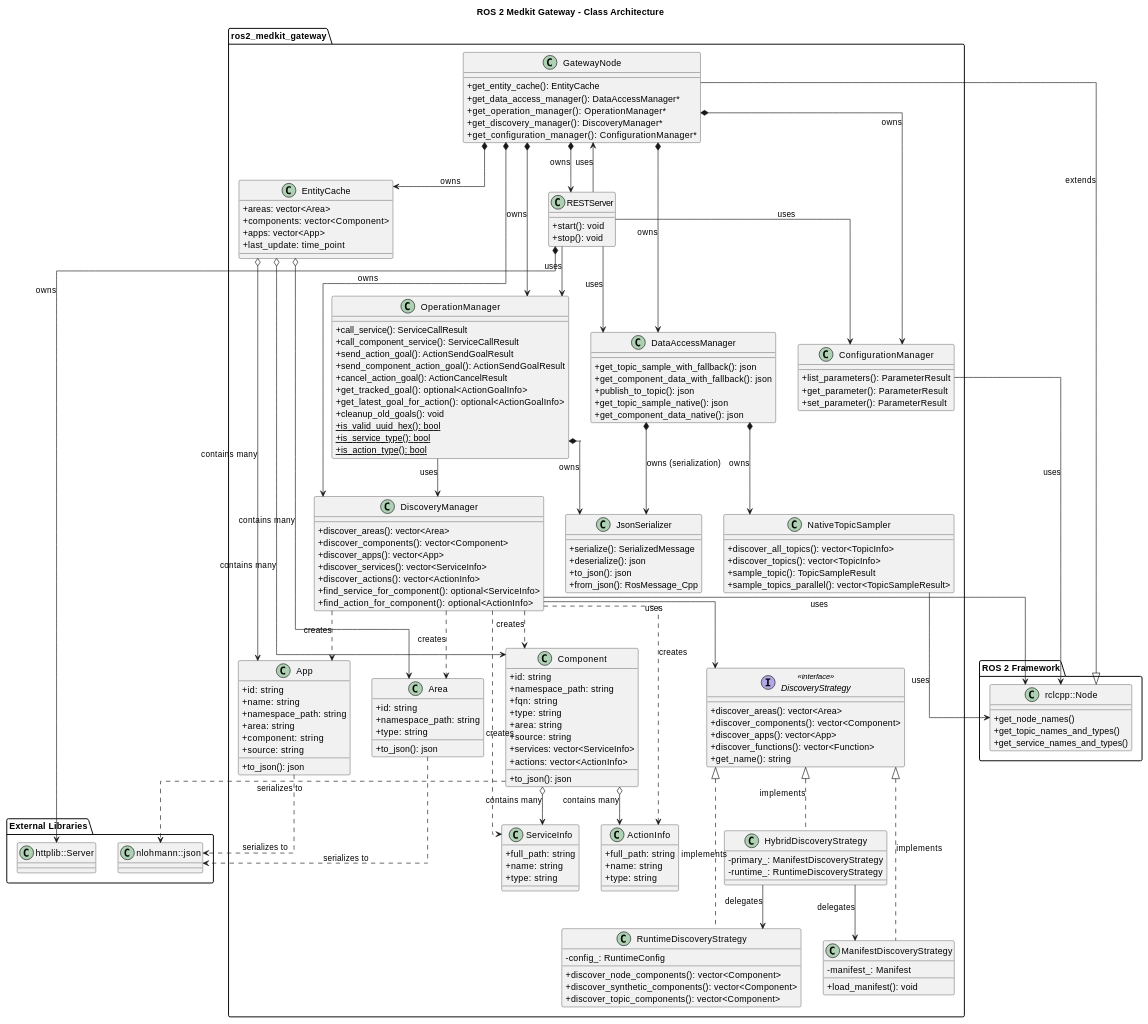
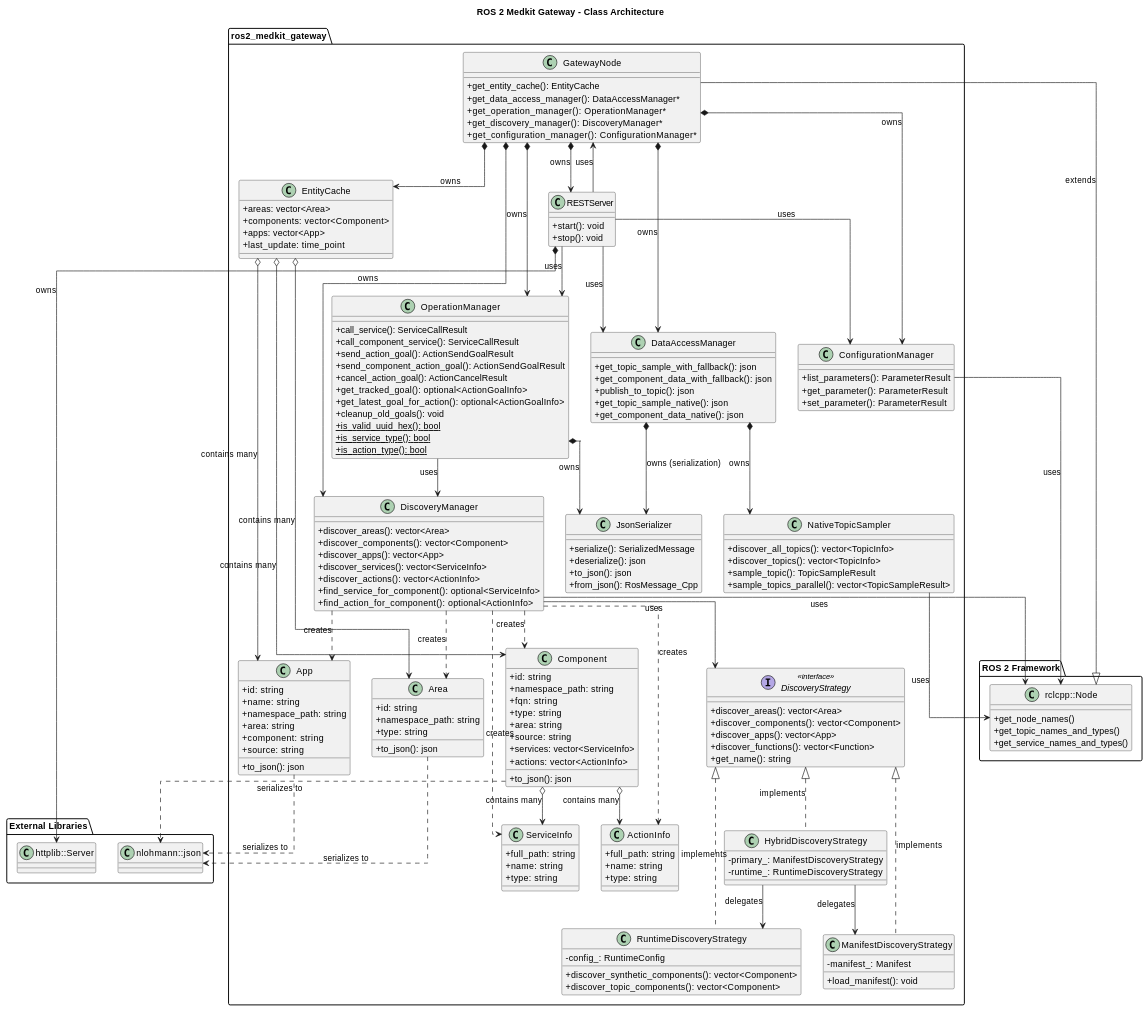
Before and after one commit to selfpatch/ros2_medkit: the diagram in src/ros2_medkit_gateway/design/index.rst, drawn with PlantUML. The commit also changed 13 other files, not shown here.

```diff
--- a/src/ros2_medkit_gateway/design/index.rst
+++ b/src/ros2_medkit_gateway/design/index.rst
@@ -55,7 +55,6 @@
        }
 
        class RuntimeDiscoveryStrategy {
-           + discover_node_components(): vector<Component>
            + discover_synthetic_components(): vector<Component>
            + discover_topic_components(): vector<Component>
            - config_: RuntimeConfig
```
